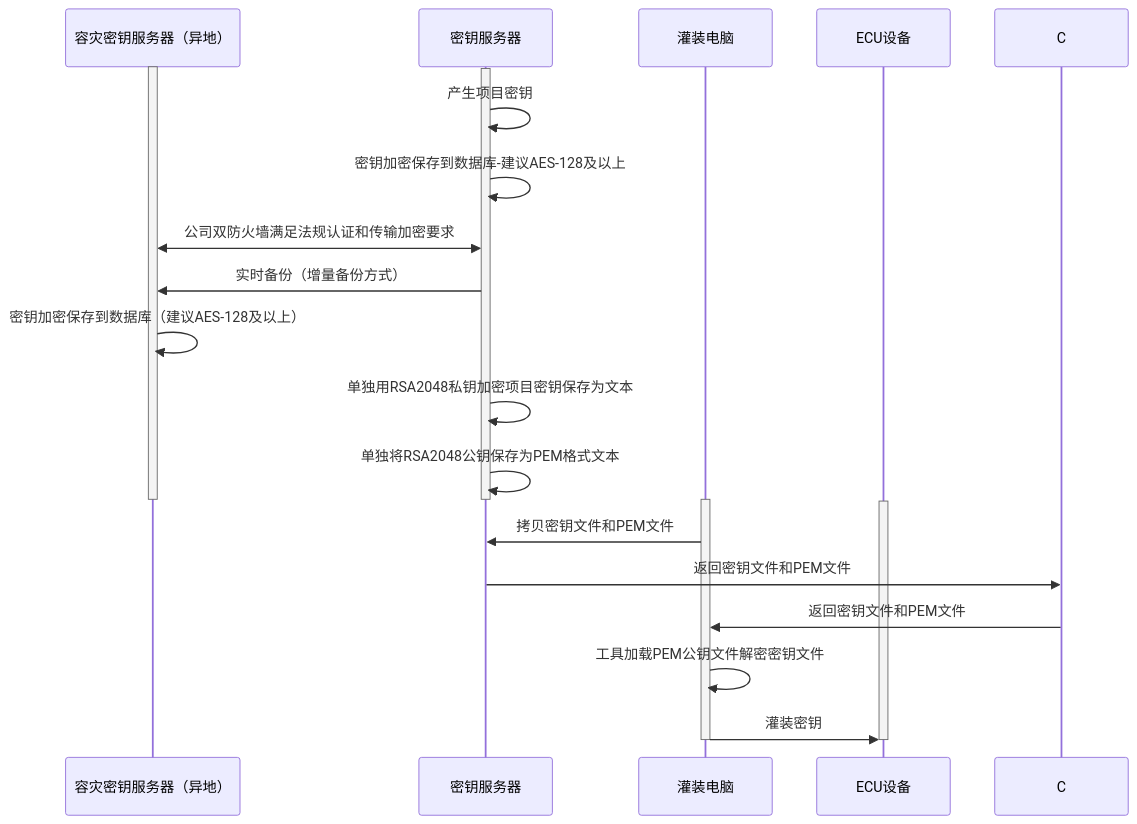
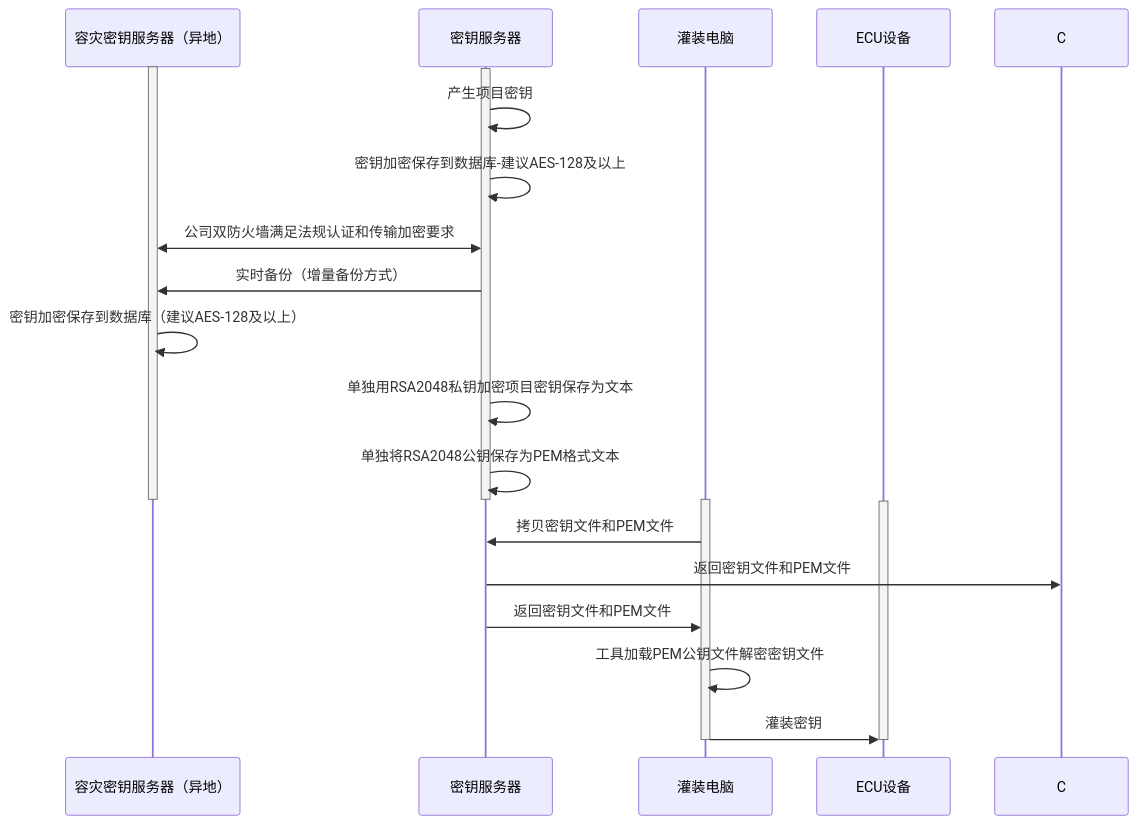
One commit to facebook-cloud/iodraw-files changed the diagram in all/未命名-15.md. Above: the diagram before and after it, drawn with Mermaid.

Commit message:
2026-02-11 19:10:05 update

````diff
--- a/all/未命名-15.md
+++ b/all/未命名-15.md
@@ -1,31 +1,31 @@
 ```mermaid
 sequenceDiagram
     participant A as 容灾密钥服务器（异地）
     participant B as 密钥服务器
     participant D as 灌装电脑
     participant E as ECU设备
 
     activate A
     activate B
     B->>B: 产生项目密钥
     B->>B: 密钥加密保存到数据库-建议AES-128及以上
     A<<->>B: 公司双防火墙满足法规认证和传输加密要求
     B->>A: 实时备份（增量备份方式）
     A->>A: 密钥加密保存到数据库（建议AES-128及以上）
     B->>B: 单独用RSA2048私钥加密项目密钥保存为文本
     B->>B: 单独将RSA2048公钥保存为PEM格式文本
     deactivate B
     deactivate A
 
     activate D
     activate E
 
     D->>B: 拷贝密钥文件和PEM文件
     B->>C: 返回密钥文件和PEM文件
-    C->>D: 返回密钥文件和PEM文件
+    B->>D: 返回密钥文件和PEM文件
     D->>D:工具加载PEM公钥文件解密密钥文件
     D->>E: 灌装密钥
     deactivate D
     deactivate E
 
 ```
````
